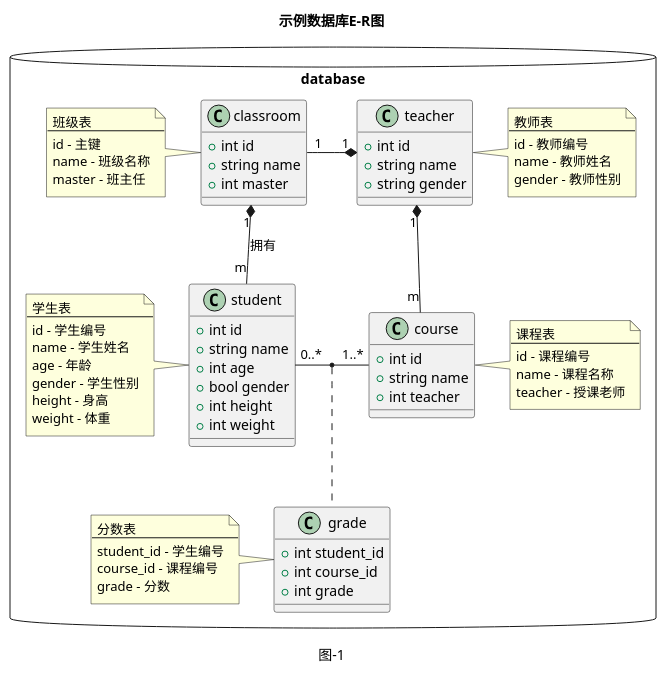
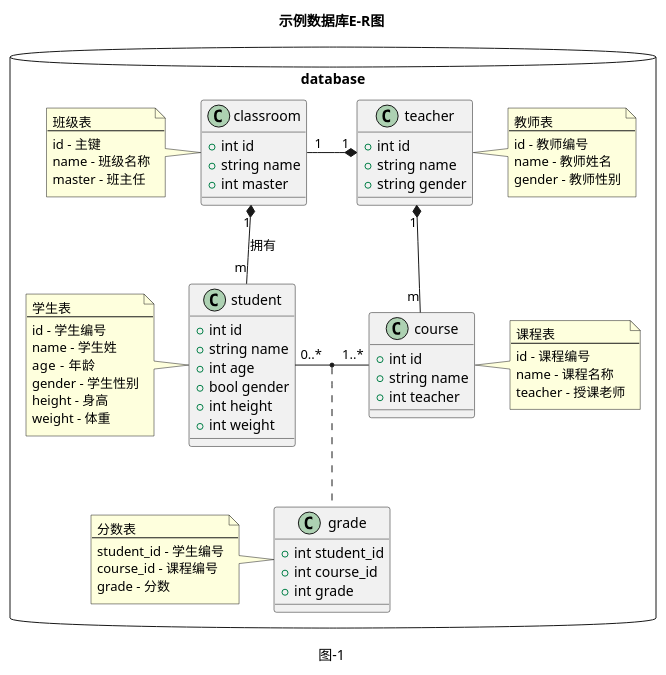
Before and after one commit to ninggf/wula: the diagram in src/render/figures/figure1.svg.puml, drawn with PlantUML. The commit also changed other lines of this file, not shown here.

Commit message:
remove empty lines

```diff
--- a/src/render/figures/figure1.svg.puml
+++ b/src/render/figures/figure1.svg.puml
@@ -4,91 +1,91 @@
 @startuml
 title
 示例数据库E-R图
 end title
 
 package database <<Database>> {
 
 class teacher {
     +int id
     +string name
     +string gender
 }
 class student {
     +int id
     +string name
     +int age
     +bool gender
     +int height
     +int weight
 }
 
 class classroom {
     +int id
     +string name
     +int master
 }
 
 class course {
     +int id
     +string name
     +int teacher
 }
 
 class grade {
     +int student_id
     +int course_id
     +int grade
 }
 
 classroom "1" *-- "m" student : 拥有
 classroom "1" -* "1" teacher
 teacher "1" *-- "m" course
 student "0..*" - "1..*" course
 (student,course) ..  grade
 
 note left of student
 学生表
-----
+--
 id - 学生编号
-name - 学生姓名
-age - 年龄
+name - 学生姓
+age -  年龄
 gender - 学生性别
 height - 身高
 weight - 体重
 end note
 
 note right of course
 课程表
-----
+--
 id - 课程编号
 name - 课程名称
 teacher - 授课老师
 end note
 
 note left of classroom
 班级表
-----
+--
 id - 主键
 name - 班级名称
 master - 班主任
 end note
 
 note left of grade
 分数表 
-----
+--
 student_id - 学生编号
 course_id - 课程编号
 grade - 分数
 end note
 
 note right of teacher
 教师表
-----
+--
 id - 教师编号 
 name - 教师姓名
 gender - 教师性别
 end note
 }
 
 caption 图-1
 @enduml
```
